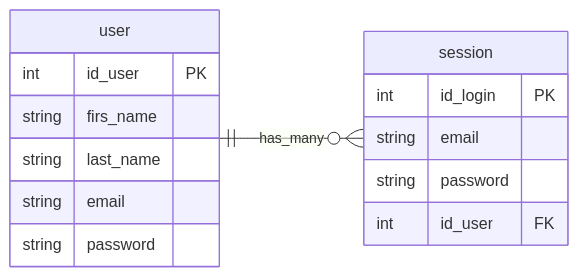
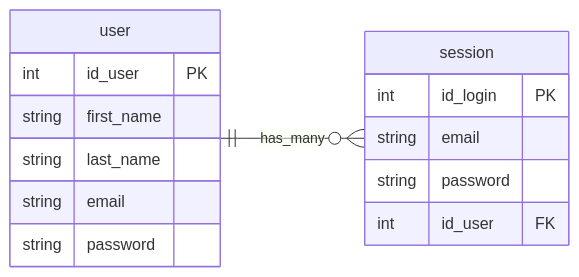
One commit to Dwaysetya/fgo24-db-auth-flow changed the diagram in README.md. Above: the diagram before and after it, drawn with Mermaid. The commit also changed 1 other file, not shown here.

Commit message:
fix:update code

````diff
--- a/README.md
+++ b/README.md
@@ -4,23 +4,23 @@
 ```mermaid
 
 erDiagram
 direction LR
 user ||--o{ session :has_many
 
 user{
     int id_user PK
-    string firs_name
+    string first_name
     string last_name
     string email
     string password
 }
 
 session{
     int id_login PK
     string email
     string password
     int id_user FK
 }
 
 
 ```
````
